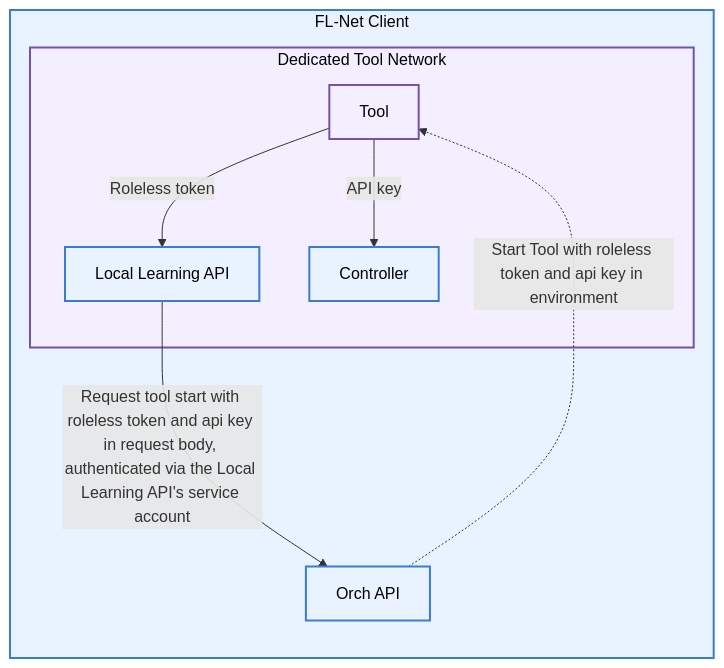
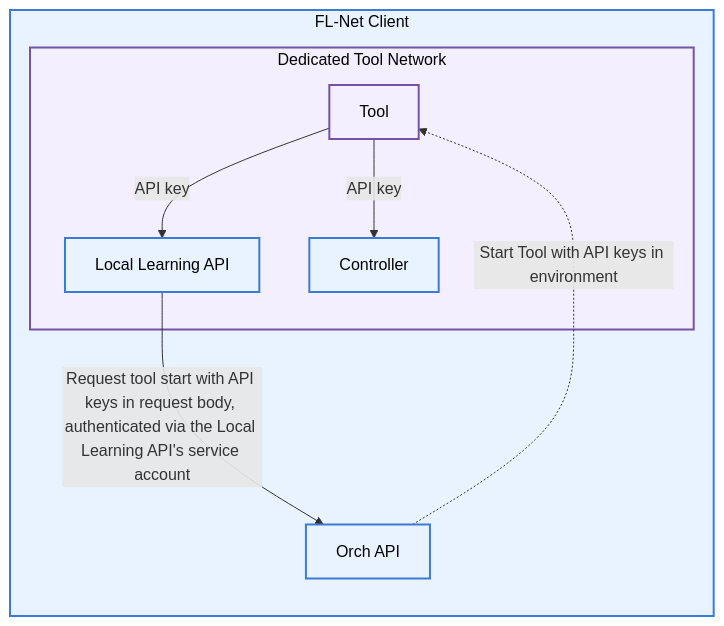
Before and after one commit to FedLearnNet/Documentation: the third of 12 diagrams in docs/intro/architecture/data-flow-client.md, drawn with Mermaid. The commit also changed other lines of this file and 1 other file, not shown here.

````diff
--- a/docs/intro/architecture/data-flow-client.md
+++ b/docs/intro/architecture/data-flow-client.md
@@ -160,26 +160,26 @@
 ```mermaid
 flowchart LR
     subgraph CLIENT[FL-Net Client]
         ORCH[Orch API]
 
         subgraph TOOLNETWORK[Dedicated Tool Network]
             TOOL[Tool]
             CTRL[Controller]
             LLA[Local Learning API]
         end
     end
 
     classDef client fill:#e8f3ff,stroke:#3a7bd5,stroke-width:2px,color:#000
     classDef toolnet fill:#f4efff,stroke:#7651a8,stroke-width:2px,color:#000
 
     class LLA,ORCH,CTRL client
     class TOOL toolnet
 
     style CLIENT fill:#e8f3ff,stroke:#3a7bd5,stroke-width:2px,color:#000
     style TOOLNETWORK fill:#f4efff,stroke:#7651a8,stroke-width:2px,color:#000
 
-    LLA -->|Request tool start with roleless token and api key in request body, authenticated via the Local Learning API's service account| ORCH
-    ORCH -.->|Start Tool with roleless token and api key in environment| TOOL
-    TOOL -->|Roleless token| LLA
+    LLA -->|Request tool start with API keys in request body, authenticated via the Local Learning API's service account| ORCH
+    ORCH -.->|Start Tool with API keys in environment| TOOL
+    TOOL -->|API key| LLA
     TOOL -->|API key| CTRL
 ```
````
